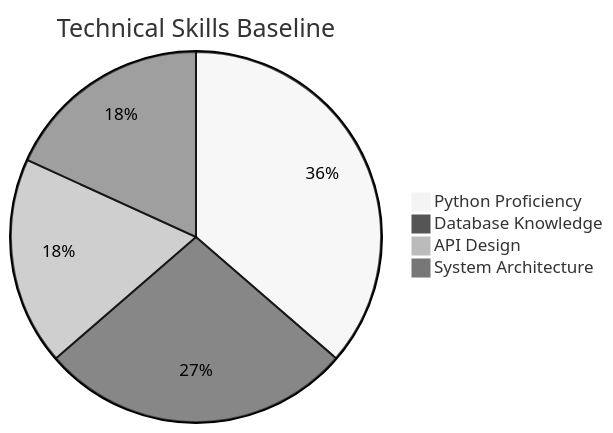
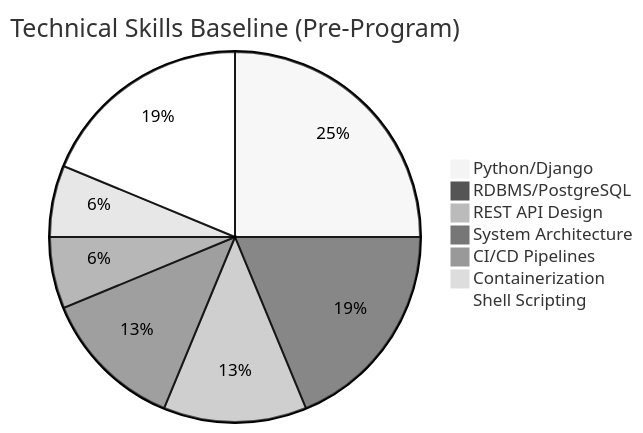
The first of 7 diagrams in README.md (AbuArwa001/alx-project-nexus), drawn with Mermaid (neutral theme) before and after one commit. The commit also changed other lines of this file, not shown here.

Commit message:
Enhance README.md with detailed program onboarding, expanded technical vision, and comprehensive skills assessment; include visual representations of technical skills and learning roadmap.

````diff
--- a/README.md
+++ b/README.md
@@ -44,7 +44,10 @@
   ```mermaid
-  pie title Technical Skills Baseline
-      "Python Proficiency" : 4
-      "Database Knowledge" : 3
-      "API Design" : 2
+  pie title Technical Skills Baseline (Pre-Program)
+      "Python/Django" : 4
+      "RDBMS/PostgreSQL" : 3
+      "REST API Design" : 2
       "System Architecture" : 2
+      "CI/CD Pipelines" : 1
+      "Containerization" : 1
+      "Shell Scripting" : 3
   ```
````
